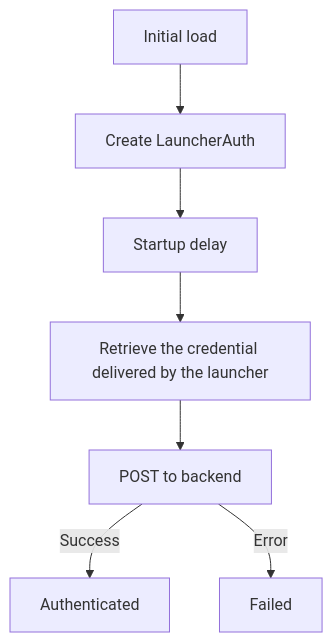
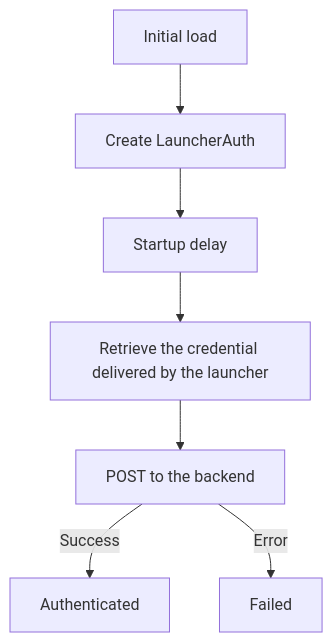
Before and after one commit to cribertt/LauncherDocs: the second of 2 diagrams in en/engine-integrations/unity.mdx, drawn with Mermaid. The commit also changed other lines of this file and 1 other file, not shown here.

````diff
--- a/en/engine-integrations/unity.mdx
+++ b/en/engine-integrations/unity.mdx
@@ -323,9 +323,9 @@
 ```mermaid
 flowchart TD
     A[Initial load] --> B[Create LauncherAuth]
     B --> C[Startup delay]
     C --> D[Retrieve the credential delivered by the launcher]
-    D --> E[POST to backend]
+    D --> E[POST to the backend]
     E -->|Success| F[Authenticated]
     E -->|Error| G[Failed]
 ```
````
